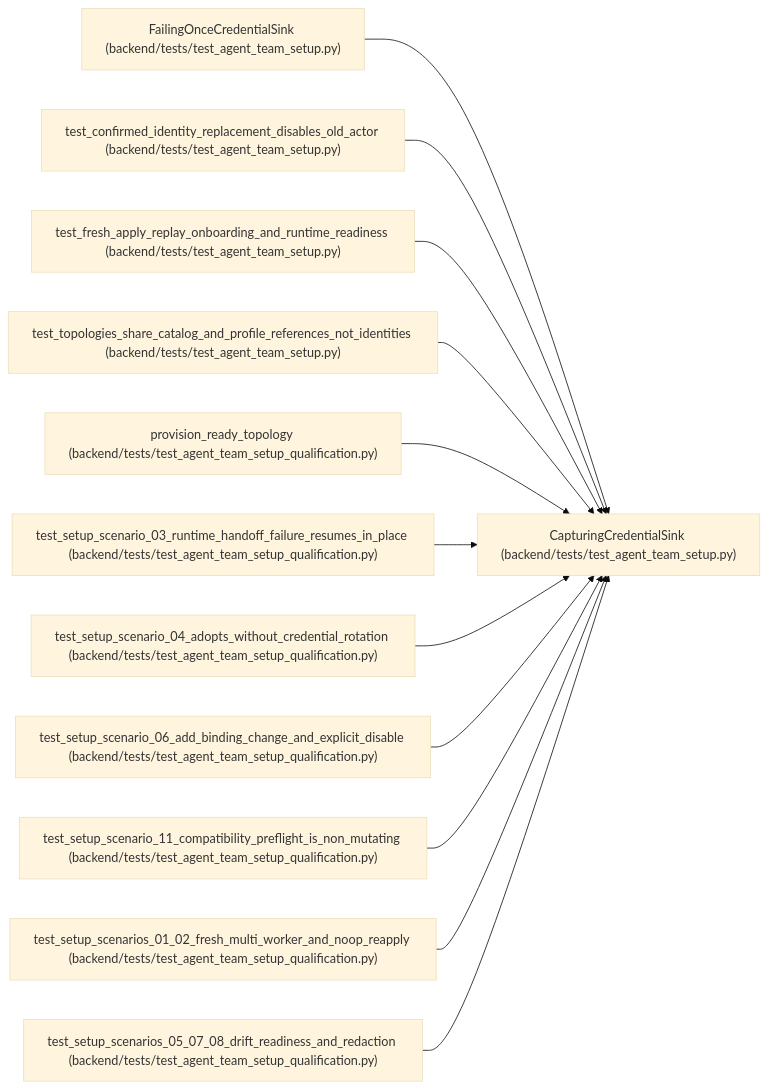
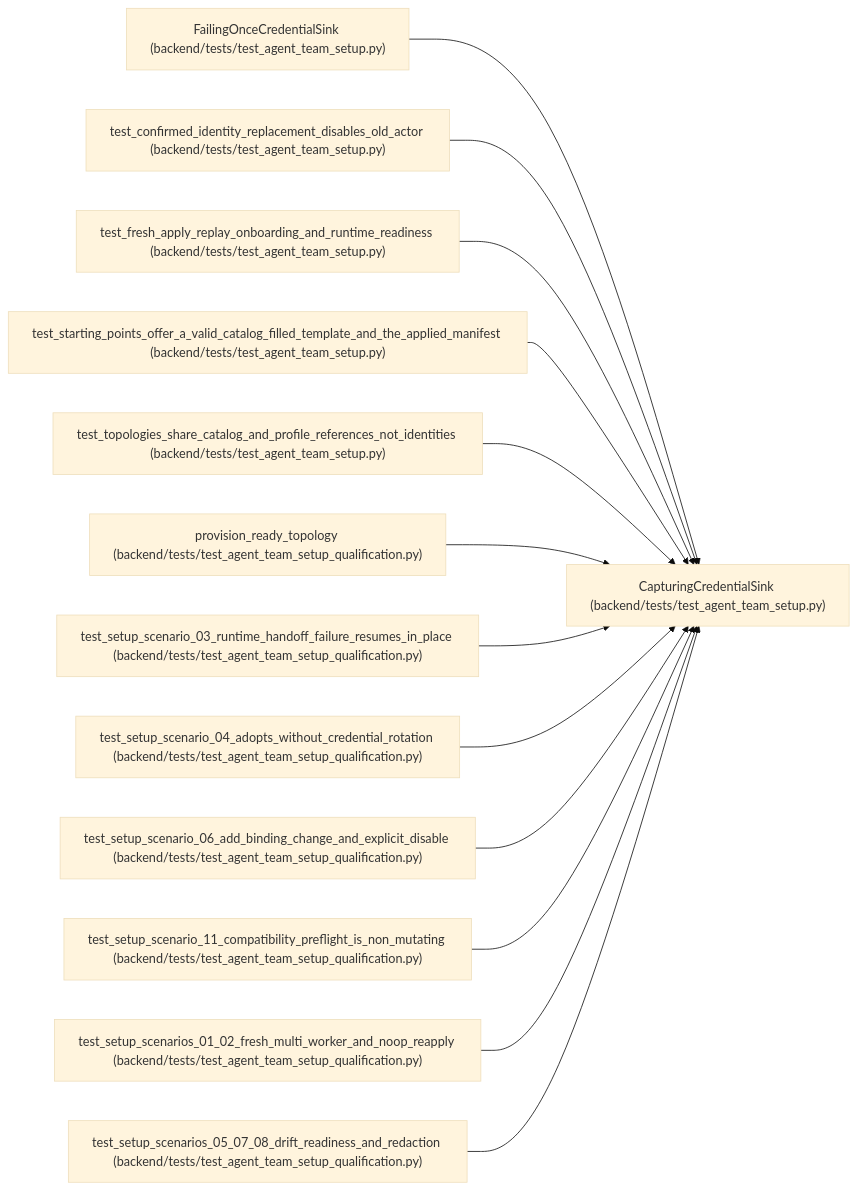
The diagram in docs/llm_wiki/entities/CapturingCredentialSink.md (Denissvgn/WorkChord), drawn with Mermaid (base theme) before and after one commit. The commit also changed other lines of this file and 471 other files, not shown here.

Commit message:
docs(wiki): refresh for guided agent team setup

````diff
--- a/docs/llm_wiki/entities/CapturingCredentialSink.md
+++ b/docs/llm_wiki/entities/CapturingCredentialSink.md
@@ -26,38 +26,41 @@
 ```mermaid
 flowchart LR
     n0["CapturingCredentialSink (backend/tests/test_agent_team_setup.py)"]
     n1["FailingOnceCredentialSink (backend/tests/test_agent_team_setup.py)"]
     n2["test_confirmed_identity_replacement_disables_old_actor (backend/tests/test_agent_team_setup.py)"]
     n3["test_fresh_apply_replay_onboarding_and_runtime_readiness (backend/tests/test_agent_team_setup.py)"]
-    n4["test_topologies_share_catalog_and_profile_references_not_identities (backend/tests/test_agent_team_setup.py)"]
-    n5["provision_ready_topology (backend/tests/test_agent_team_setup_qualification.py)"]
-    n6["test_setup_scenario_03_runtime_handoff_failure_resumes_in_place (backend/tests/test_agent_team_setup_qualification.py)"]
-    n7["test_setup_scenario_04_adopts_without_credential_rotation (backend/tests/test_agent_team_setup_qualification.py)"]
-    n8["test_setup_scenario_06_add_binding_change_and_explicit_disable (backend/tests/test_agent_team_setup_qualification.py)"]
-    n9["test_setup_scenario_11_compatibility_preflight_is_non_mutating (backend/tests/test_agent_team_setup_qualification.py)"]
-    n10["test_setup_scenarios_01_02_fresh_multi_worker_and_noop_reapply (backend/tests/test_agent_team_setup_qualification.py)"]
-    n11["test_setup_scenarios_05_07_08_drift_readiness_and_redaction (backend/tests/test_agent_team_setup_qualification.py)"]
+    n4["test_starting_points_offer_a_valid_catalog_filled_template_and_the_applied_manifest (backend/tests/test_agent_team_setup.py)"]
+    n5["test_topologies_share_catalog_and_profile_references_not_identities (backend/tests/test_agent_team_setup.py)"]
+    n6["provision_ready_topology (backend/tests/test_agent_team_setup_qualification.py)"]
+    n7["test_setup_scenario_03_runtime_handoff_failure_resumes_in_place (backend/tests/test_agent_team_setup_qualification.py)"]
+    n8["test_setup_scenario_04_adopts_without_credential_rotation (backend/tests/test_agent_team_setup_qualification.py)"]
+    n9["test_setup_scenario_06_add_binding_change_and_explicit_disable (backend/tests/test_agent_team_setup_qualification.py)"]
+    n10["test_setup_scenario_11_compatibility_preflight_is_non_mutating (backend/tests/test_agent_team_setup_qualification.py)"]
+    n11["test_setup_scenarios_01_02_fresh_multi_worker_and_noop_reapply (backend/tests/test_agent_team_setup_qualification.py)"]
+    n12["test_setup_scenarios_05_07_08_drift_readiness_and_redaction (backend/tests/test_agent_team_setup_qualification.py)"]
     n1 --> n0
     n2 --> n0
     n3 --> n0
     n4 --> n0
     n5 --> n0
     n6 --> n0
     n7 --> n0
     n8 --> n0
     n9 --> n0
     n10 --> n0
     n11 --> n0
+    n12 --> n0
     click n0 "../modules/test_agent_team_setup.md"
     click n1 "../modules/test_agent_team_setup.md"
     click n2 "../modules/test_agent_team_setup.md"
     click n3 "../modules/test_agent_team_setup.md"
     click n4 "../modules/test_agent_team_setup.md"
-    click n5 "../modules/test_agent_team_setup_qualification.md"
+    click n5 "../modules/test_agent_team_setup.md"
     click n6 "../modules/test_agent_team_setup_qualification.md"
     click n7 "../modules/test_agent_team_setup_qualification.md"
     click n8 "../modules/test_agent_team_setup_qualification.md"
     click n9 "../modules/test_agent_team_setup_qualification.md"
     click n10 "../modules/test_agent_team_setup_qualification.md"
     click n11 "../modules/test_agent_team_setup_qualification.md"
+    click n12 "../modules/test_agent_team_setup_qualification.md"
 ```
````
